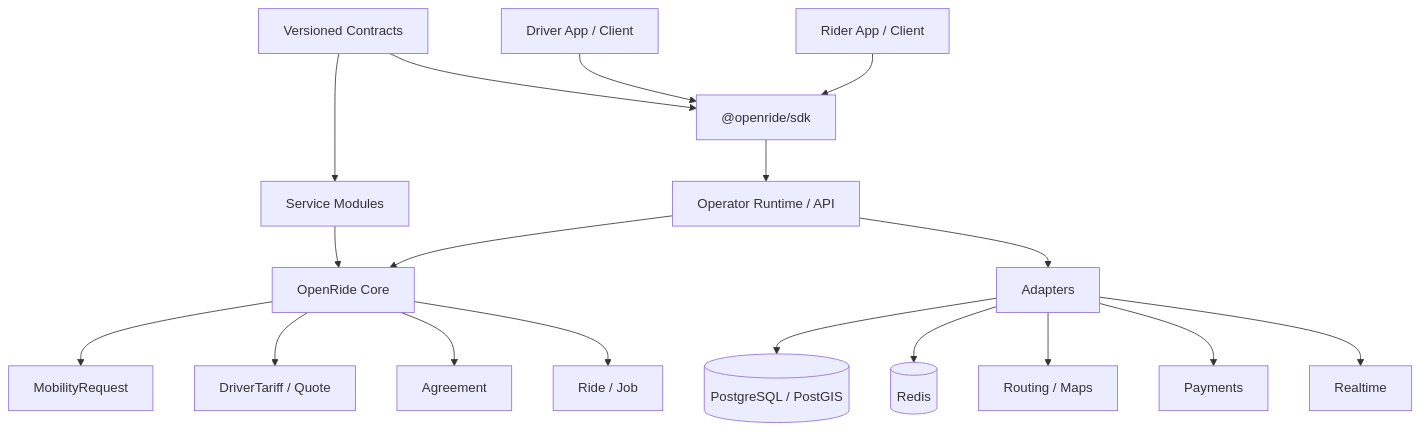
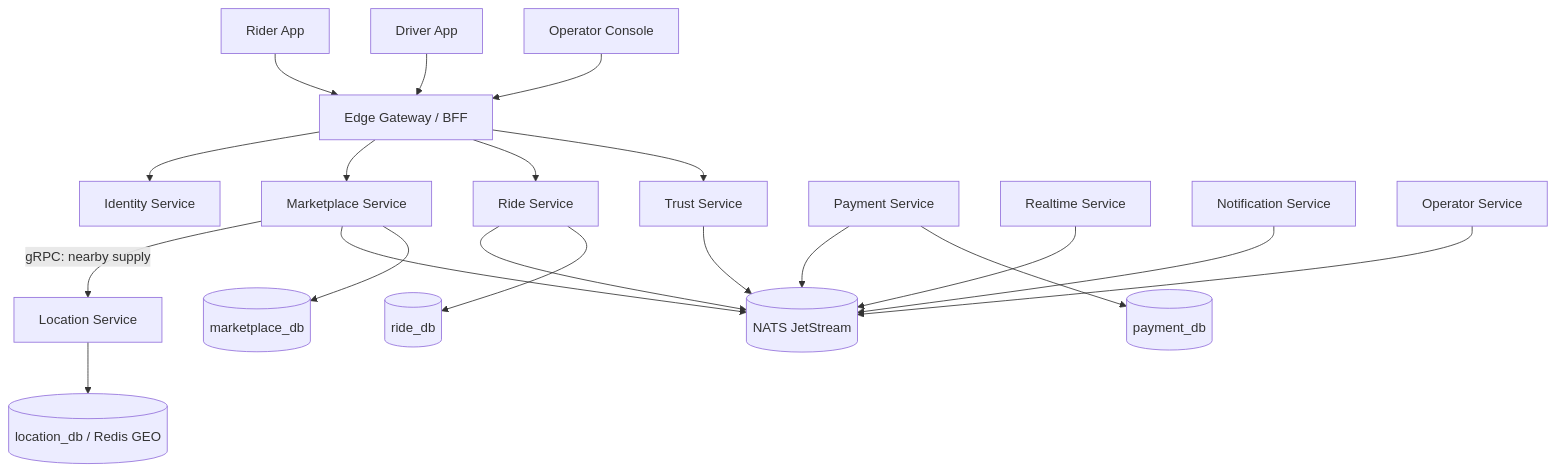
Before and after one commit to 0xmarkhydra/OpenRide: the diagram in README.md, drawn with Mermaid. The commit also changed other lines of this file, not shown here.

Commit message:
docs: align README with microservices architecture and brand

````diff
--- a/README.md
+++ b/README.md
@@ -71,23 +75,26 @@
 ```mermaid
 flowchart TB
-    Rider["Rider App / Client"] --> SDK["@openride/sdk"]
-    Driver["Driver App / Client"] --> SDK
-    SDK --> API["Operator Runtime / API"]
+    Rider["Rider App"] --> Edge["Edge Gateway / BFF"]
+    Driver["Driver App"] --> Edge
+    Operator["Operator Console"] --> Edge
 
-    API --> Core["OpenRide Core"]
-    API --> Adapters["Adapters"]
-    Adapters --> PG[(PostgreSQL / PostGIS)]
-    Adapters --> Redis[(Redis)]
-    Adapters --> Maps["Routing / Maps"]
-    Adapters --> Payments["Payments"]
-    Adapters --> Realtime["Realtime"]
+    Edge --> Identity["Identity Service"]
+    Edge --> Market["Marketplace Service"]
+    Edge --> Ride["Ride Service"]
+    Edge --> Trust["Trust Service"]
 
-    Modules["Service Modules"] --> Core
-    Contracts["Versioned Contracts"] --> Modules
-    Contracts --> SDK
+    Market -->|gRPC: nearby supply| Location["Location Service"]
 
-    Core --> Request["MobilityRequest"]
-    Core --> Quote["DriverTariff / Quote"]
-    Core --> Agreement["Agreement"]
-    Core --> Ride["Ride / Job"]
+    Market --> Bus[(NATS JetStream)]
+    Ride --> Bus
+    Payment["Payment Service"] --> Bus
+    Trust --> Bus
+    Realtime["Realtime Service"] --> Bus
+    Notify["Notification Service"] --> Bus
+    Ops["Operator Service"] --> Bus
+
+    Market --> MarketDB[(marketplace_db)]
+    Location --> LocationDB[(location_db / Redis GEO)]
+    Ride --> RideDB[(ride_db)]
+    Payment --> PaymentDB[(payment_db)]
 ```
````
